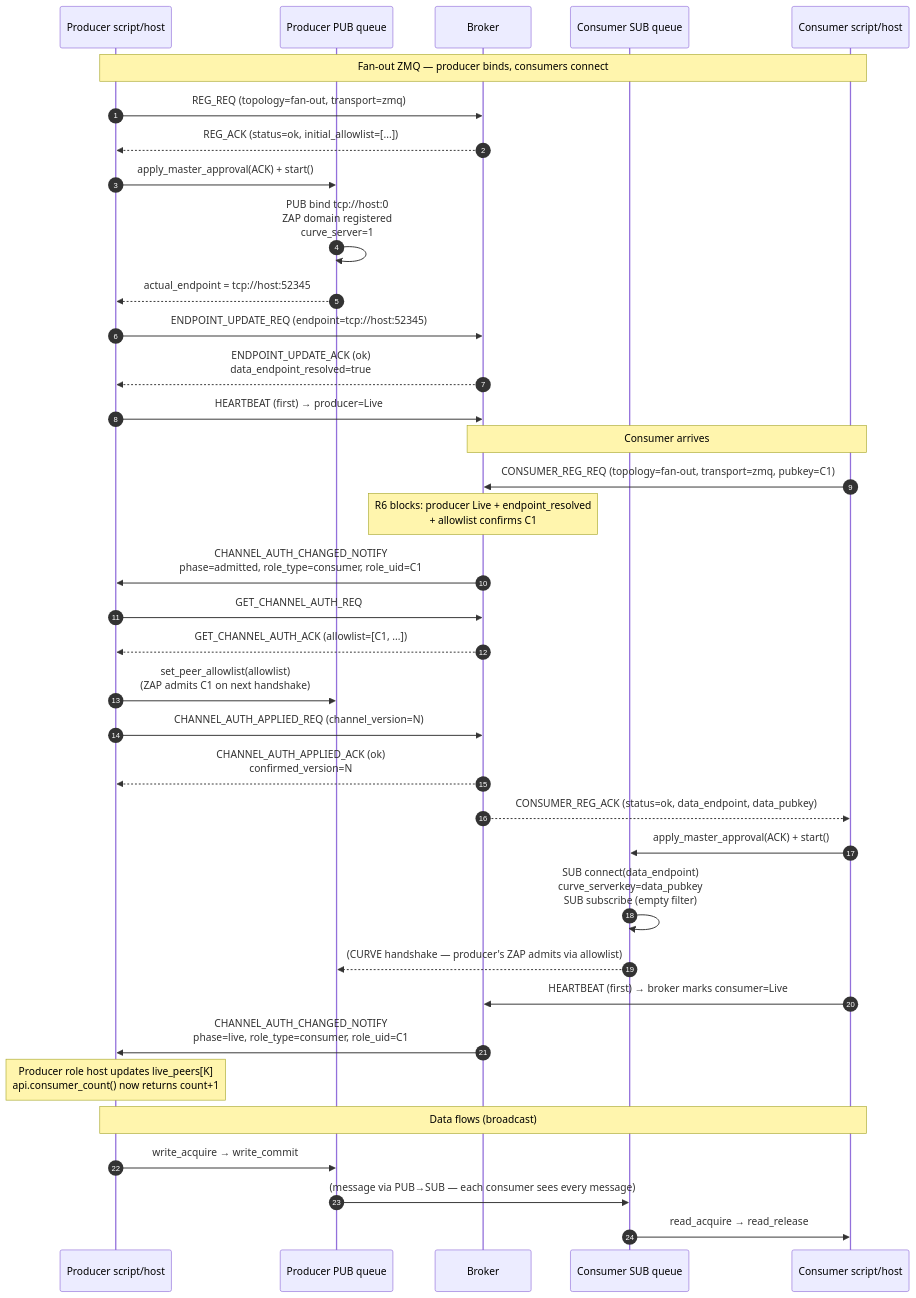
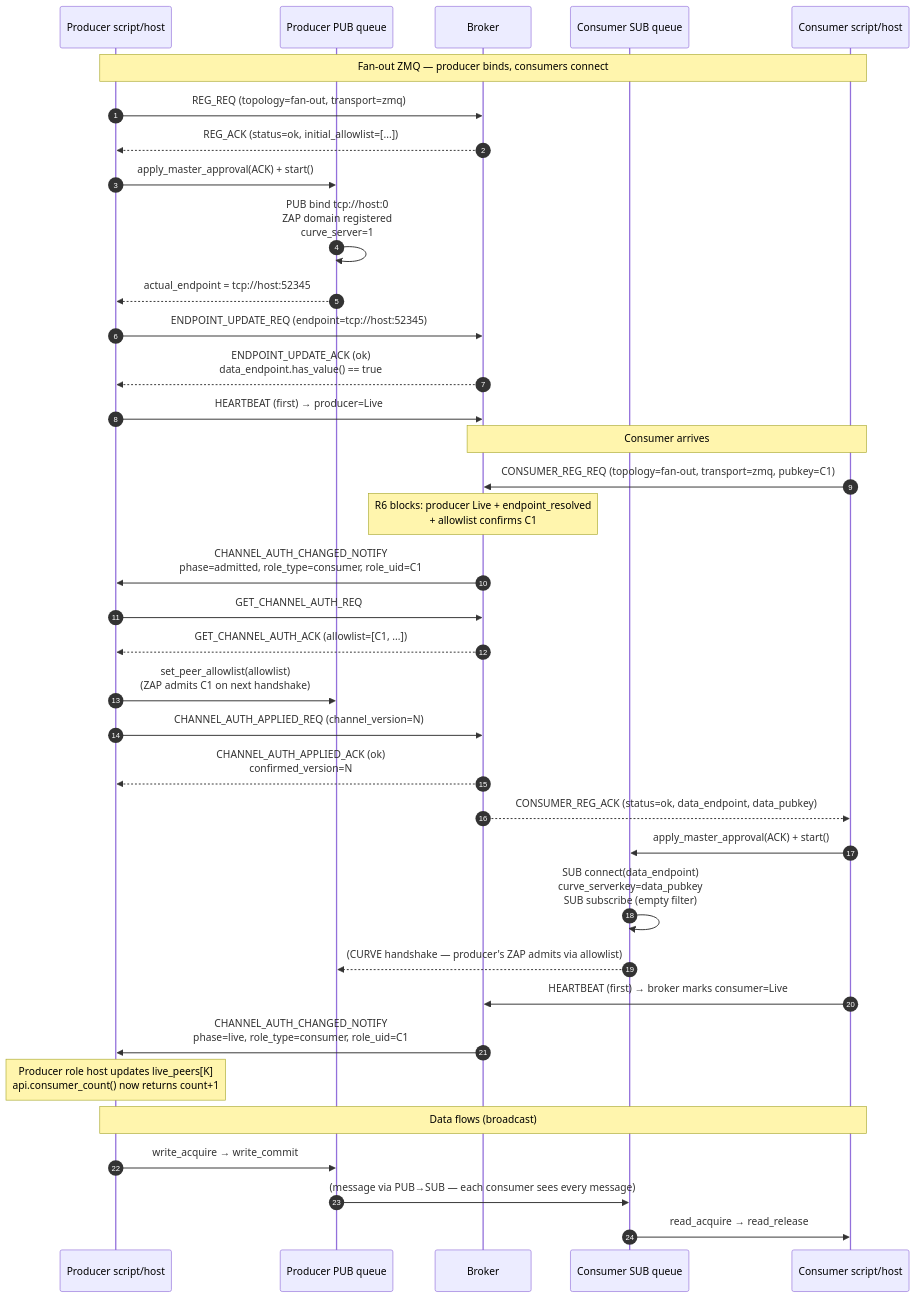
The third of 7 diagrams in docs/tech_draft/DRAFT_topology_singular_side_2026-07.md (Qing-LAB/pylabhub), drawn with Mermaid before and after one commit. The commit also changed other lines of this file and 1 other file, not shown here.

````diff
--- a/docs/tech_draft/DRAFT_topology_singular_side_2026-07.md
+++ b/docs/tech_draft/DRAFT_topology_singular_side_2026-07.md
@@ -845,40 +861,40 @@
 ```mermaid
 sequenceDiagram
     autonumber
     participant PS as Producer script/host
     participant PQ as Producer PUB queue
     participant B  as Broker
     participant CQ as Consumer SUB queue
     participant CS as Consumer script/host
 
     Note over PS,CS: Fan-out ZMQ — producer binds, consumers connect
     PS->>B: REG_REQ (topology=fan-out, transport=zmq)
     B-->>PS: REG_ACK (status=ok, initial_allowlist=[...])
     PS->>PQ: apply_master_approval(ACK) + start()
     PQ->>PQ: PUB bind tcp://host:0<br/>ZAP domain registered<br/>curve_server=1
     PQ-->>PS: actual_endpoint = tcp://host:52345
     PS->>B: ENDPOINT_UPDATE_REQ (endpoint=tcp://host:52345)
-    B-->>PS: ENDPOINT_UPDATE_ACK (ok)<br/>data_endpoint_resolved=true
+    B-->>PS: ENDPOINT_UPDATE_ACK (ok)<br/>data_endpoint.has_value() == true
     PS->>B: HEARTBEAT (first) → producer=Live
 
     Note over CS,B: Consumer arrives
     CS->>B: CONSUMER_REG_REQ (topology=fan-out, transport=zmq, pubkey=C1)
     Note over B: R6 blocks: producer Live + endpoint_resolved<br/>+ allowlist confirms C1
     B->>PS: CHANNEL_AUTH_CHANGED_NOTIFY<br/>phase=admitted, role_type=consumer, role_uid=C1
     PS->>B: GET_CHANNEL_AUTH_REQ
     B-->>PS: GET_CHANNEL_AUTH_ACK (allowlist=[C1, ...])
     PS->>PQ: set_peer_allowlist(allowlist)<br/>(ZAP admits C1 on next handshake)
     PS->>B: CHANNEL_AUTH_APPLIED_REQ (channel_version=N)
     B-->>PS: CHANNEL_AUTH_APPLIED_ACK (ok)<br/>confirmed_version=N
     B-->>CS: CONSUMER_REG_ACK (status=ok, data_endpoint, data_pubkey)
     CS->>CQ: apply_master_approval(ACK) + start()
     CQ->>CQ: SUB connect(data_endpoint)<br/>curve_serverkey=data_pubkey<br/>SUB subscribe (empty filter)
     CQ-->>PQ: (CURVE handshake — producer's ZAP admits via allowlist)
     CS->>B: HEARTBEAT (first) → broker marks consumer=Live
     B->>PS: CHANNEL_AUTH_CHANGED_NOTIFY<br/>phase=live, role_type=consumer, role_uid=C1
     Note over PS: Producer role host updates live_peers[K]<br/>api.consumer_count() now returns count+1
     Note over PS,CS: Data flows (broadcast)
     PS->>PQ: write_acquire → write_commit
     PQ->>CQ: (message via PUB→SUB — each consumer sees every message)
     CQ->>CS: read_acquire → read_release
 ```
````
